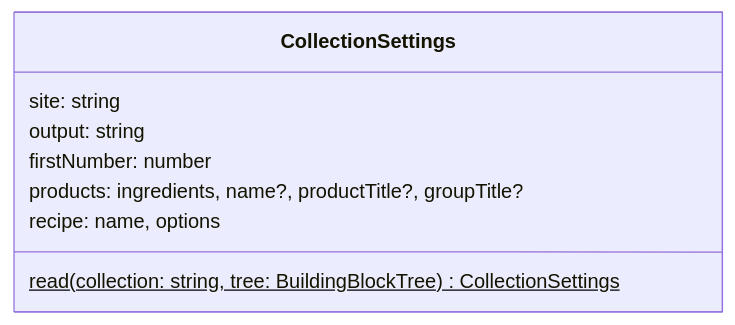
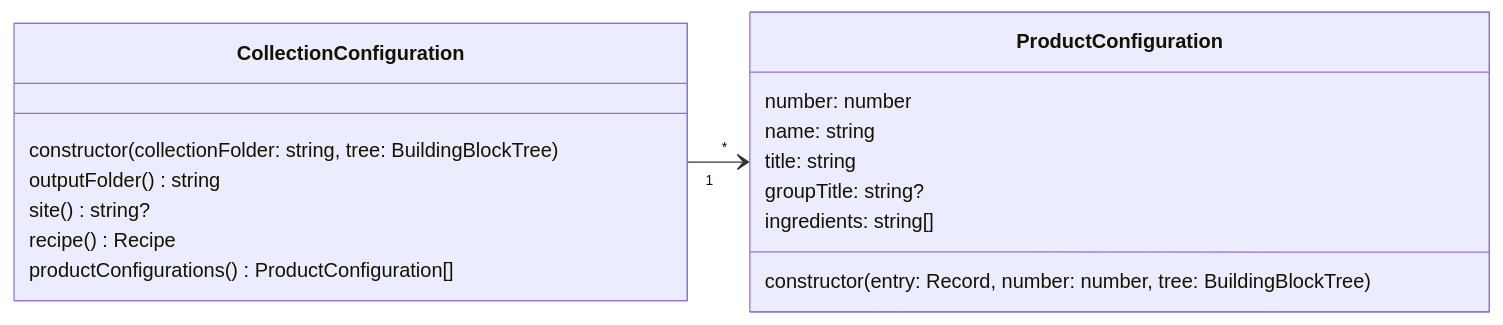
One commit to matthiasbaitsch/quarto-loi-moi changed the fourth of 5 diagrams in DESIGN.md. Above: the diagram before and after it, drawn with Mermaid. The commit also changed other lines of this file and 9 other files, not shown here.

First line of the commit message:
CollectionConfiguration and ProductConfiguration; explicit mappings

````diff
--- a/DESIGN.md
+++ b/DESIGN.md
@@ -178,11 +178,20 @@
 ```mermaid
 classDiagram
-  class CollectionSettings {
-    site: string
-    output: string
-    firstNumber: number
-    products: ingredients, name?, productTitle?, groupTitle?
-    recipe: name, options
-    read(collection: string, tree: BuildingBlockTree)$ CollectionSettings
+  direction LR
+  CollectionConfiguration "1" --> "*" ProductConfiguration
+  class CollectionConfiguration {
+    constructor(collectionFolder: string, tree: BuildingBlockTree)
+    outputFolder() string
+    site() string?
+    recipe() Recipe
+    productConfigurations() ProductConfiguration[]
+  }
+  class ProductConfiguration {
+    number: number
+    name: string
+    title: string
+    groupTitle: string?
+    ingredients: string[]
+    constructor(entry: Record, number: number, tree: BuildingBlockTree)
   }
 ```
````
